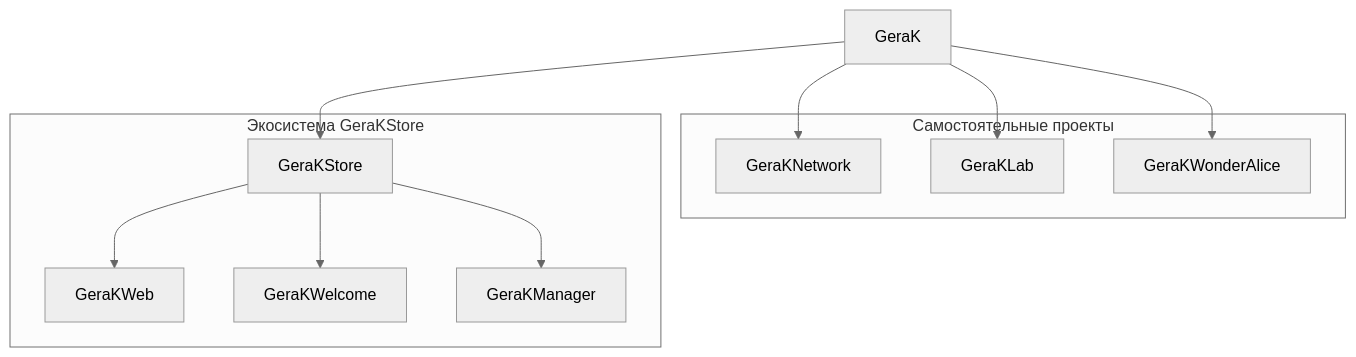
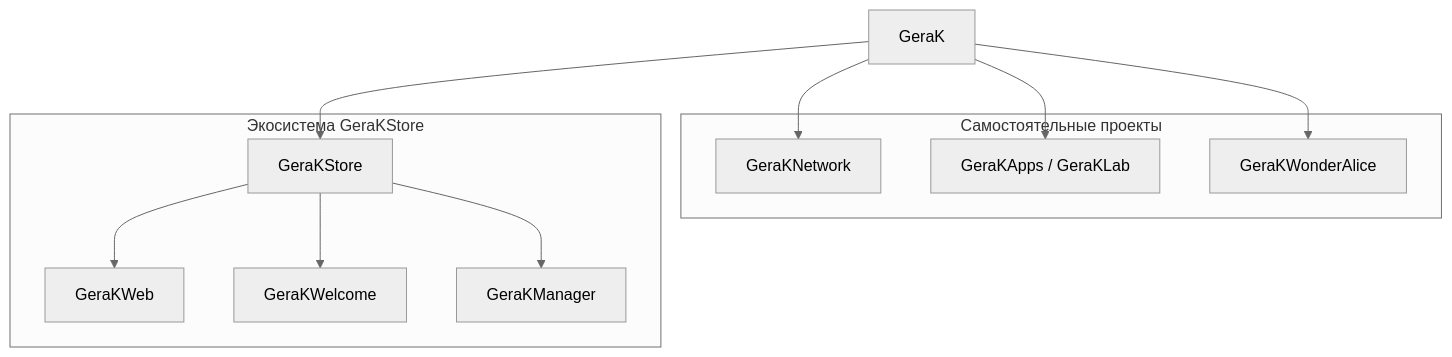
One commit to gkuhtov/GeraKProtocol changed the diagram in ЭКОСИСТЕМА.md. Above: the diagram before and after it, drawn with Mermaid (neutral theme). The commit also changed other lines of this file, not shown here.

Commit message:
Уточнено расположение GeraKLab в карте экосистемы

````diff
--- a/ЭКОСИСТЕМА.md
+++ b/ЭКОСИСТЕМА.md
@@ -18,26 +18,26 @@
 ```mermaid
 flowchart TB
     G["GeraK"]
 
     subgraph S1["Самостоятельные проекты"]
         N["GeraKNetwork"]
-        L["GeraKLab"]
+        L["GeraKApps / GeraKLab"]
         A["GeraKWonderAlice"]
     end
 
     subgraph S2["Экосистема GeraKStore"]
         S["GeraKStore"]
         W["GeraKWeb"]
         H["GeraKWelcome"]
         M["GeraKManager"]
     end
 
     G --> N
     G --> L
     G --> S
     G --> A
 
     S --> W
     S --> H
     S --> M
 ```
````
